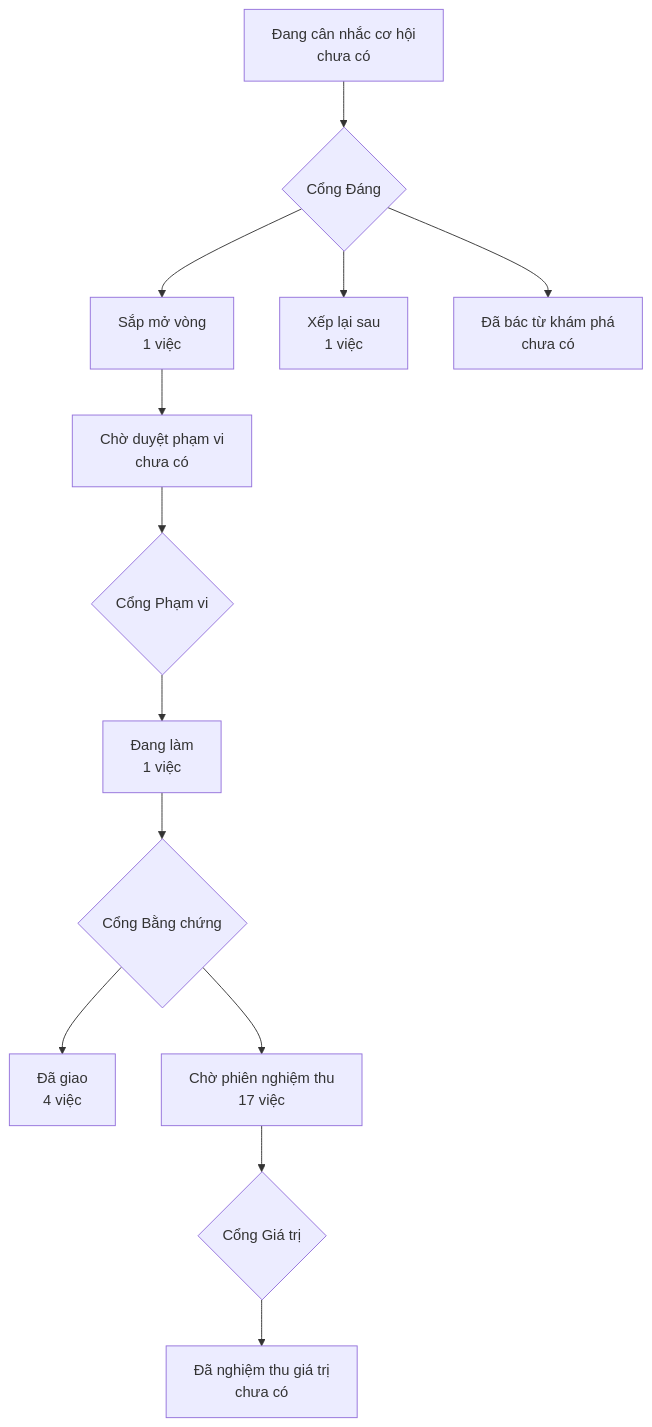
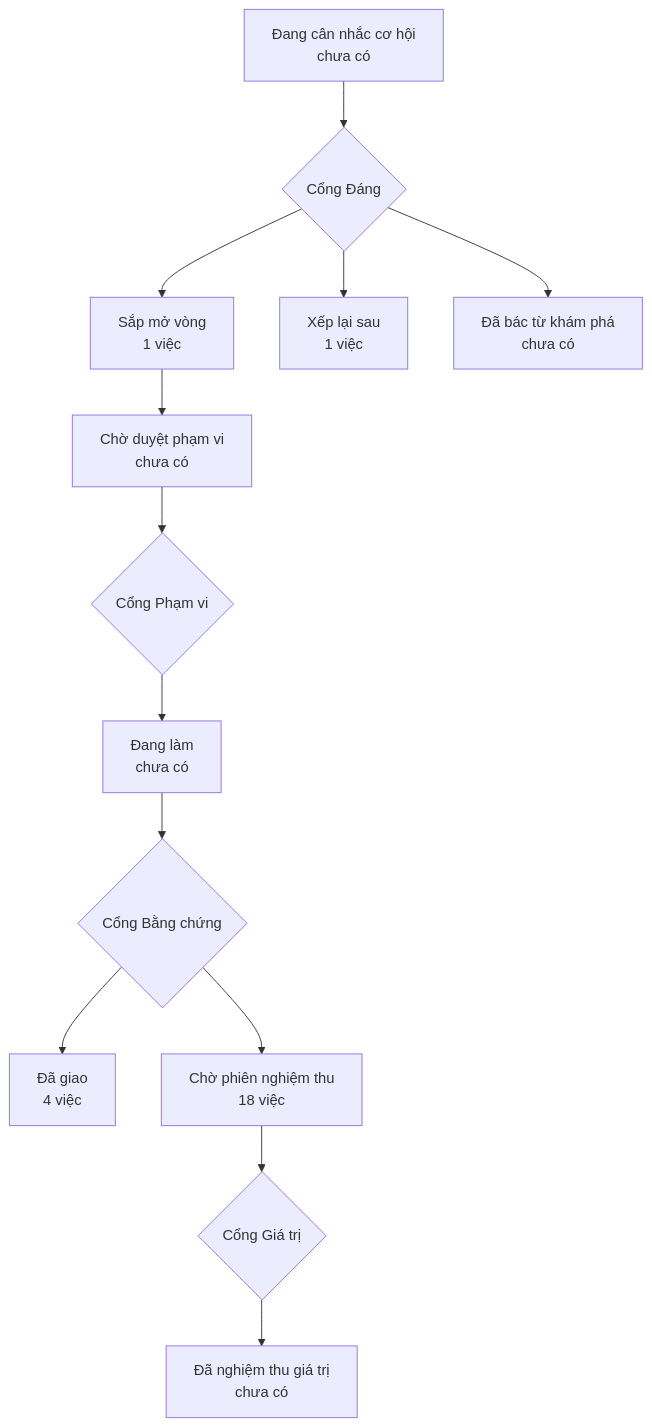
Before and after one commit to phanlemanh/onehub-quy-hang: the diagram in PRODUCT-MAP.md, drawn with Mermaid. The commit also changed other lines of this file and 4 other files, not shown here.

````diff
--- a/PRODUCT-MAP.md
+++ b/PRODUCT-MAP.md
@@ -7,12 +7,12 @@
 ```mermaid
 flowchart TD
   A["Đang cân nhắc cơ hội<br/>chưa có"] --> GD{"Cổng Đáng"}
   GD --> B["Sắp mở vòng<br/>1 việc"]
   GD --> XL["Xếp lại sau<br/>1 việc"]
   GD --> DB["Đã bác từ khám phá<br/>chưa có"]
   B --> CD["Chờ duyệt phạm vi<br/>chưa có"] --> GP{"Cổng Phạm vi"}
-  GP --> DL["Đang làm<br/>1 việc"] --> GB{"Cổng Bằng chứng"}
+  GP --> DL["Đang làm<br/>chưa có"] --> GB{"Cổng Bằng chứng"}
   GB --> DG["Đã giao<br/>4 việc"]
-  GB --> CN["Chờ phiên nghiệm thu<br/>17 việc"] --> GG{"Cổng Giá trị"}
+  GB --> CN["Chờ phiên nghiệm thu<br/>18 việc"] --> GG{"Cổng Giá trị"}
   GG --> NT["Đã nghiệm thu giá trị<br/>chưa có"]
 ```
````
